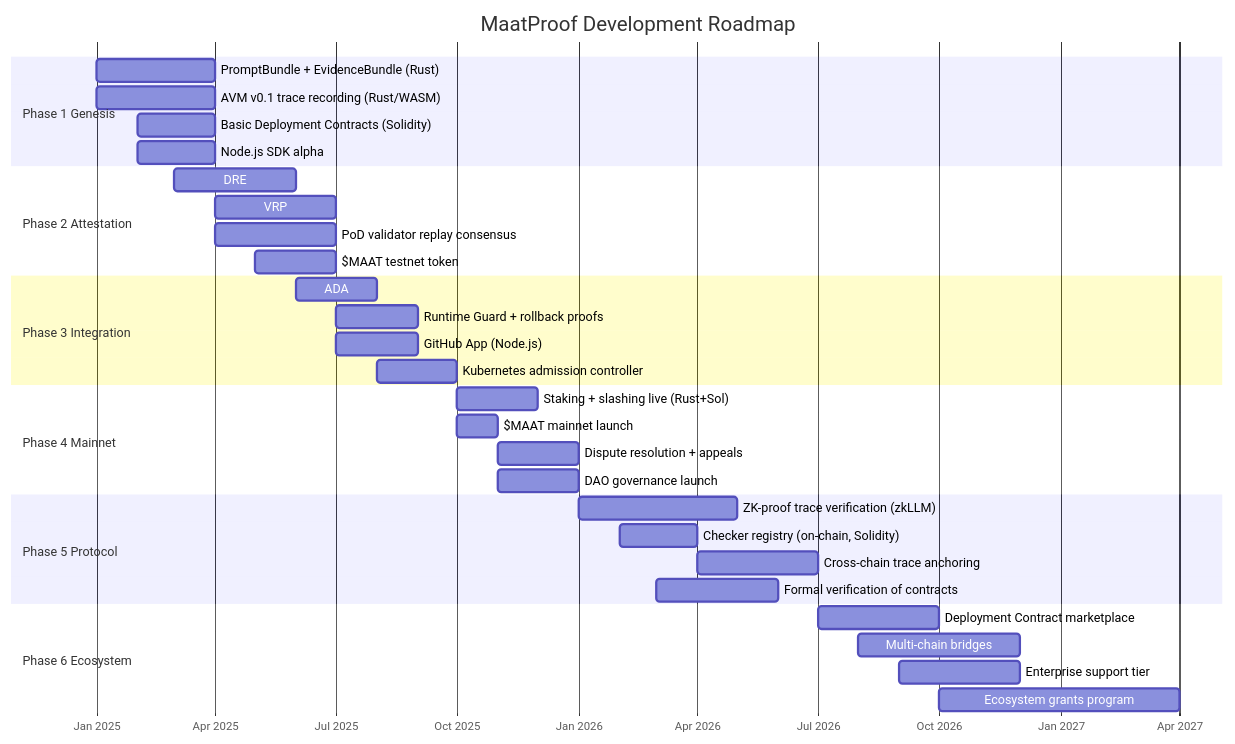
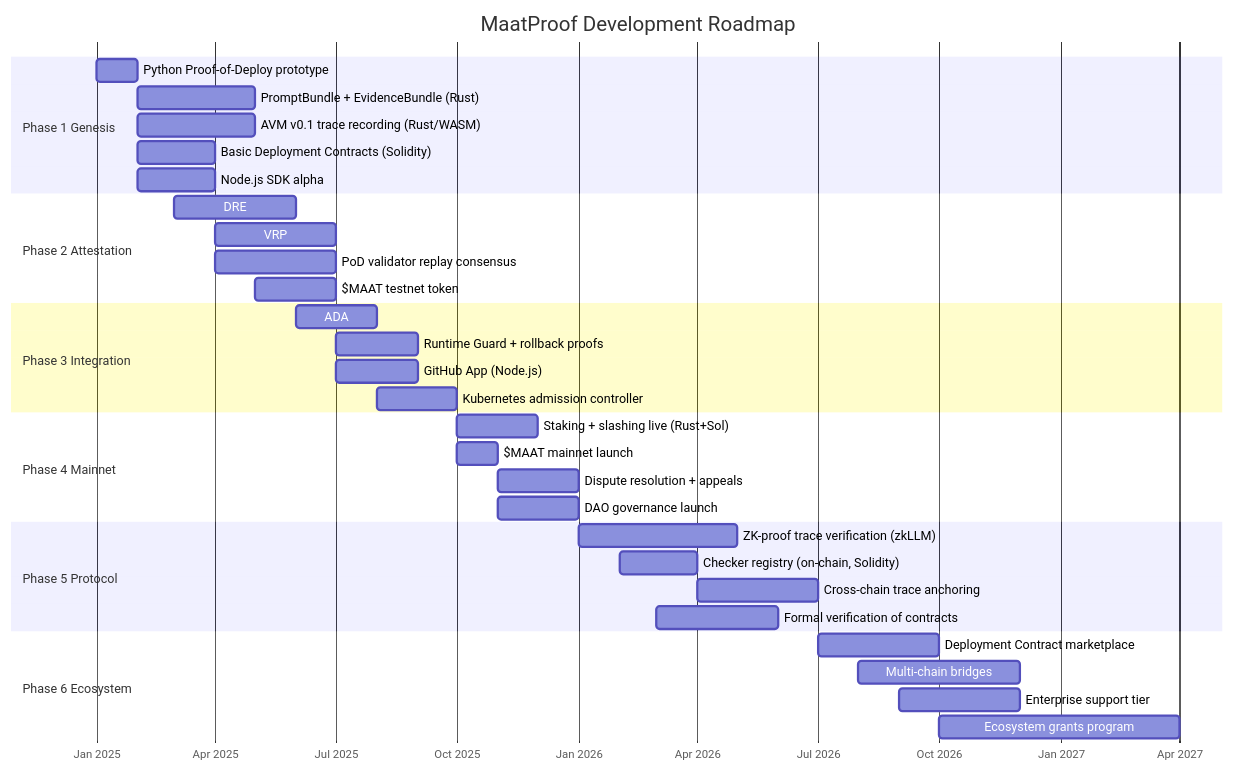
The first of 2 diagrams in docs/08-roadmap.md (dngoins/MaatProof), drawn with Mermaid before and after one commit. The commit also changed other lines of this file and 13 other files, not shown here.

Commit message:
Implement Python proof-of-deploy prototype

````diff
--- a/docs/08-roadmap.md
+++ b/docs/08-roadmap.md
@@ -16,42 +17,43 @@
 ```mermaid
 gantt
     title MaatProof Development Roadmap
     dateFormat  YYYY-MM
     axisFormat  %b %Y
 
     section Phase 1 Genesis
-    PromptBundle + EvidenceBundle (Rust)  :p1a, 2025-01, 3M
-    AVM v0.1 trace recording (Rust/WASM) :p1b, 2025-01, 3M
+    Python Proof-of-Deploy prototype      :p1p, 2025-01, 1M
+    PromptBundle + EvidenceBundle (Rust)  :p1a, after p1p, 3M
+    AVM v0.1 trace recording (Rust/WASM) :p1b, after p1p, 3M
     Basic Deployment Contracts (Solidity) :p1c, 2025-02, 2M
     Node.js SDK alpha                     :p1d, 2025-02, 2M
 
     section Phase 2 Attestation
     DRE: committee execution (Rust)      :p2a, 2025-03, 3M
     VRP: reasoning records + Merkle DAG  :p2b, 2025-04, 3M
     PoD validator replay consensus       :p2c, 2025-04, 3M
     $MAAT testnet token                  :p2d, 2025-05, 2M
 
     section Phase 3 Integration
     ADA: 7-condition authorization (Rust):p3a, 2025-06, 2M
     Runtime Guard + rollback proofs      :p3b, 2025-07, 2M
     GitHub App (Node.js)                 :p3c, 2025-07, 2M
     Kubernetes admission controller      :p3d, 2025-08, 2M
 
     section Phase 4 Mainnet
     Staking + slashing live (Rust+Sol)   :p4a, 2025-10, 2M
     $MAAT mainnet launch                 :p4b, 2025-10, 1M
     Dispute resolution + appeals         :p4c, 2025-11, 2M
     DAO governance launch                :p4d, 2025-11, 2M
 
     section Phase 5 Protocol
     ZK-proof trace verification (zkLLM)  :p5a, 2026-01, 4M
     Checker registry (on-chain, Solidity):p5b, 2026-02, 2M
     Cross-chain trace anchoring          :p5c, 2026-04, 3M
     Formal verification of contracts     :p5d, 2026-03, 3M
 
     section Phase 6 Ecosystem
     Deployment Contract marketplace      :p6a, 2026-07, 3M
     Multi-chain bridges                  :p6b, 2026-08, 4M
     Enterprise support tier              :p6c, 2026-09, 3M
     Ecosystem grants program             :p6d, 2026-10, 6M
 ```
````
